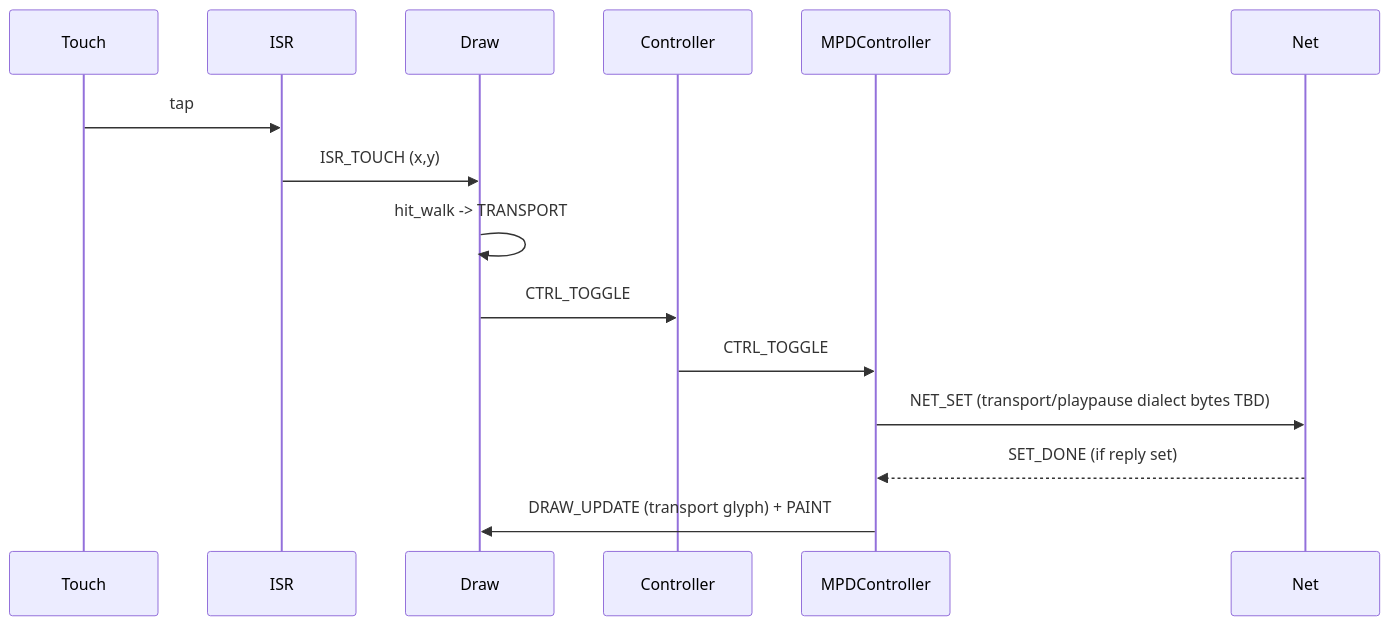
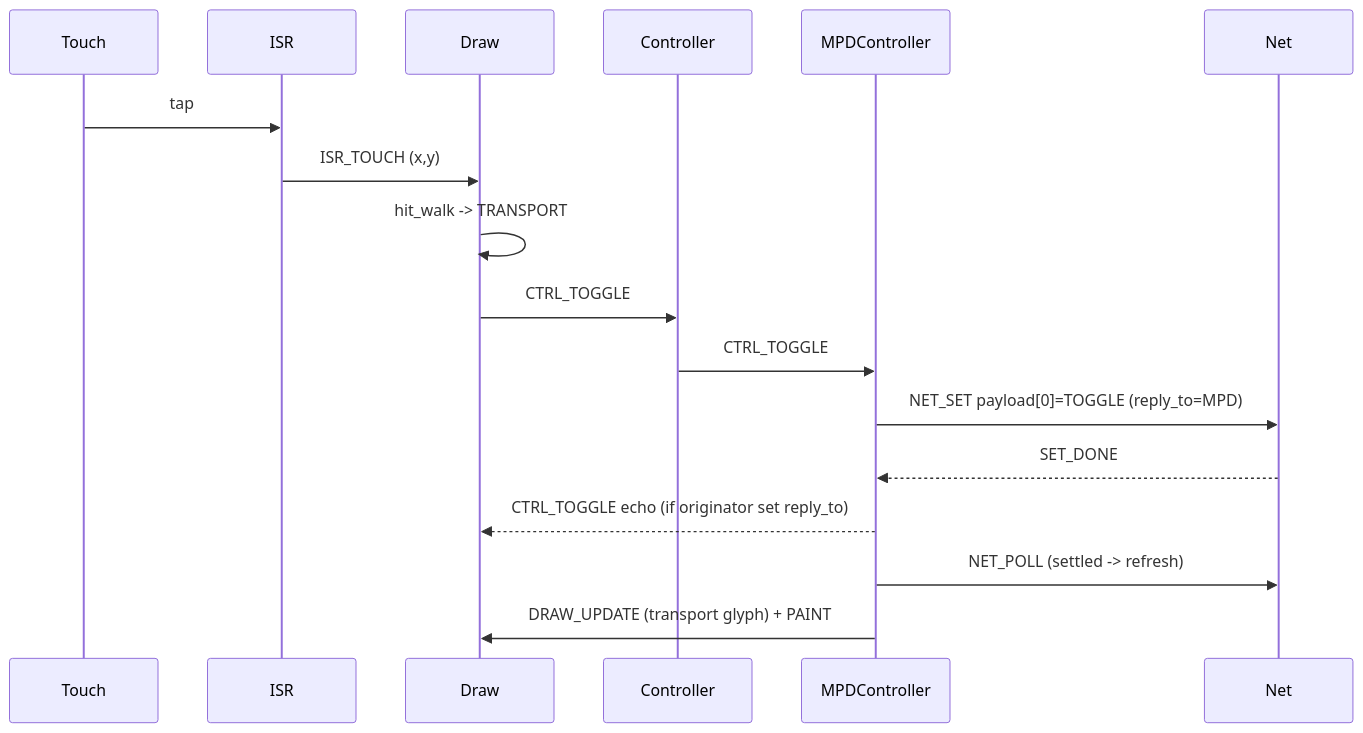
One commit to jovlinger/utils changed the fourth of 6 diagrams in spinme/EXPOSITION.md. Above: the diagram before and after it, drawn with Mermaid. The commit also changed other lines of this file and 12 other files, not shown here.

````diff
--- a/spinme/EXPOSITION.md
+++ b/spinme/EXPOSITION.md
@@ -480,18 +499,20 @@
 ```mermaid
 sequenceDiagram
   participant HW as Touch
   participant ISR as ISR
   participant Draw as Draw
   participant R as Controller
   participant MPD as MPDController
   participant Net as Net
 
   HW->>ISR: tap
   ISR->>Draw: ISR_TOUCH (x,y)
   Draw->>Draw: hit_walk -> TRANSPORT
   Draw->>R: CTRL_TOGGLE
   R->>MPD: CTRL_TOGGLE
-  MPD->>Net: NET_SET (transport/playpause dialect bytes TBD)
-  Net-->>MPD: SET_DONE (if reply set)
+  MPD->>Net: NET_SET payload[0]=TOGGLE (reply_to=MPD)
+  Net-->>MPD: SET_DONE
+  MPD-->>Draw: CTRL_TOGGLE echo (if originator set reply_to)
+  MPD->>Net: NET_POLL (settled -> refresh)
   MPD->>Draw: DRAW_UPDATE (transport glyph) + PAINT
 ```
````
